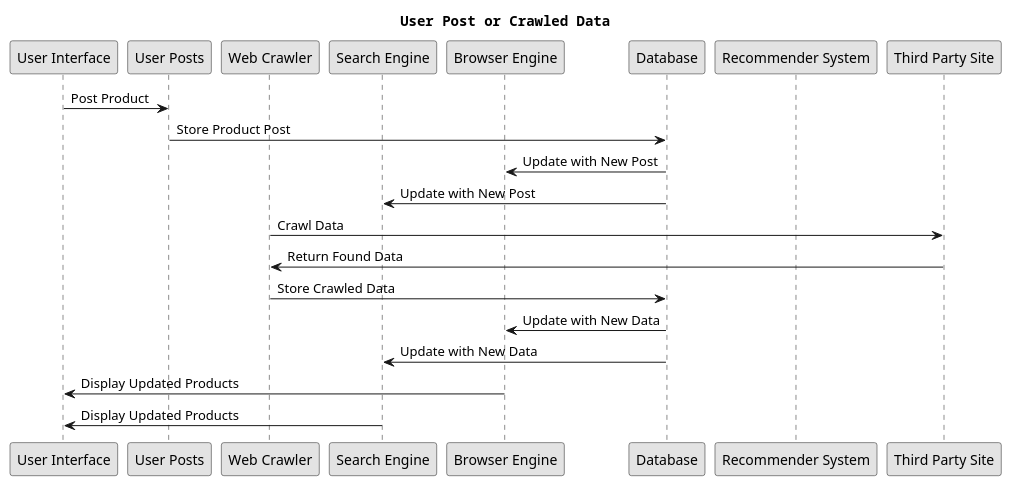
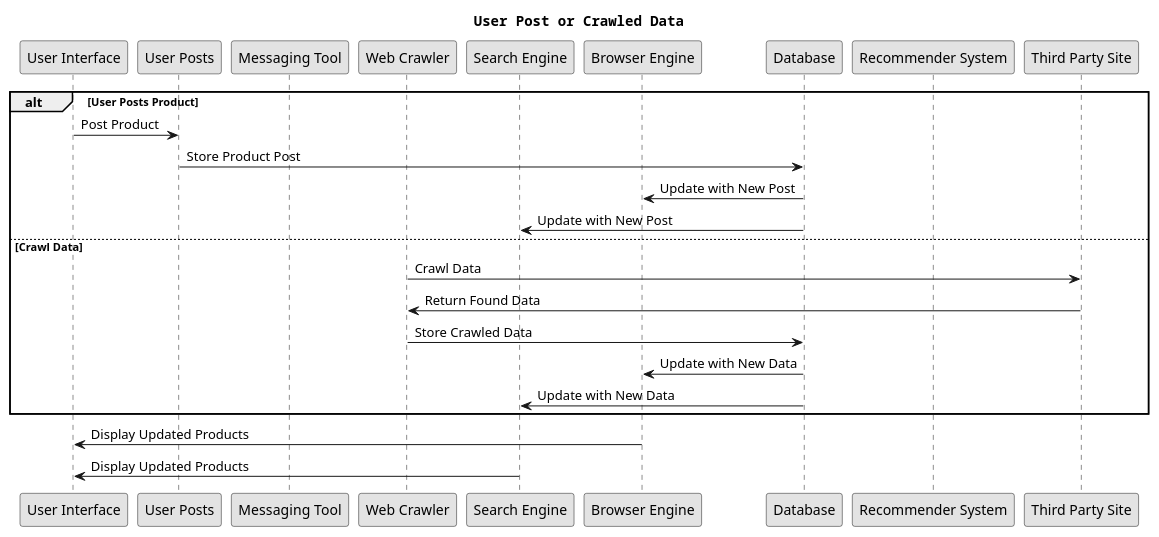
Diagram 15 of 16 in src/sa/model/index.md (USI-MSDE-SA-2022/software-architecture-model-tommi27), drawn with PlantUML before and after one commit. The commit also changed other lines of this file and 4 other files, not shown here.

````diff
--- a/src/sa/model/index.md
+++ b/src/sa/model/index.md
@@ -800,33 +807,37 @@
 ```puml
 @startuml
 title User Post or Crawled Data
 
 participant "User Interface" as UI
 participant "User Posts" as UP
+participant "Messaging Tool" as MT
 participant "Web Crawler" as WC
 participant "Search Engine" as SE
 participant "Browser Engine" as BE
 participant "Database" as DB
 participant "Recommender System" as RS
 participant "Third Party Site" as TPS
 
+alt User Posts Product
 UI -> UP: Post Product
 UP -> DB: Store Product Post
 DB -> BE: Update with New Post
 DB -> SE: Update with New Post
 
+else Crawl Data
 WC -> TPS: Crawl Data
 TPS -> WC: Return Found Data
 WC -> DB: Store Crawled Data
 DB -> BE: Update with New Data
 DB -> SE: Update with New Data
+end
 
 BE -> UI: Display Updated Products
 SE -> UI: Display Updated Products
 
 
 skinparam monochrome true
 skinparam shadowing false
 skinparam defaultFontName Courier
 @enduml
 ```
````
